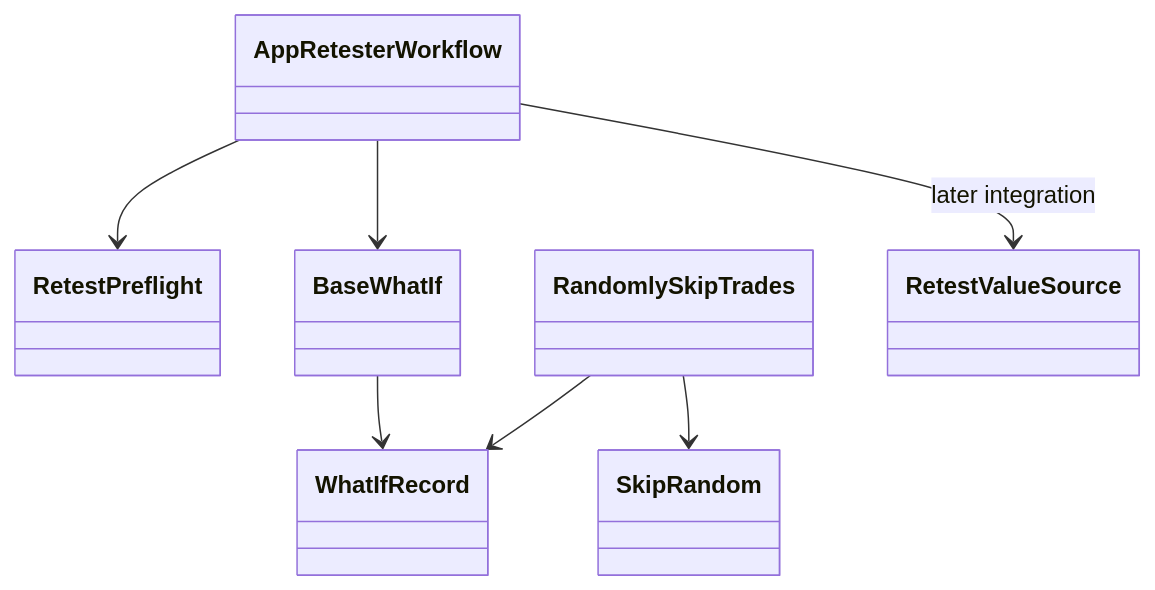
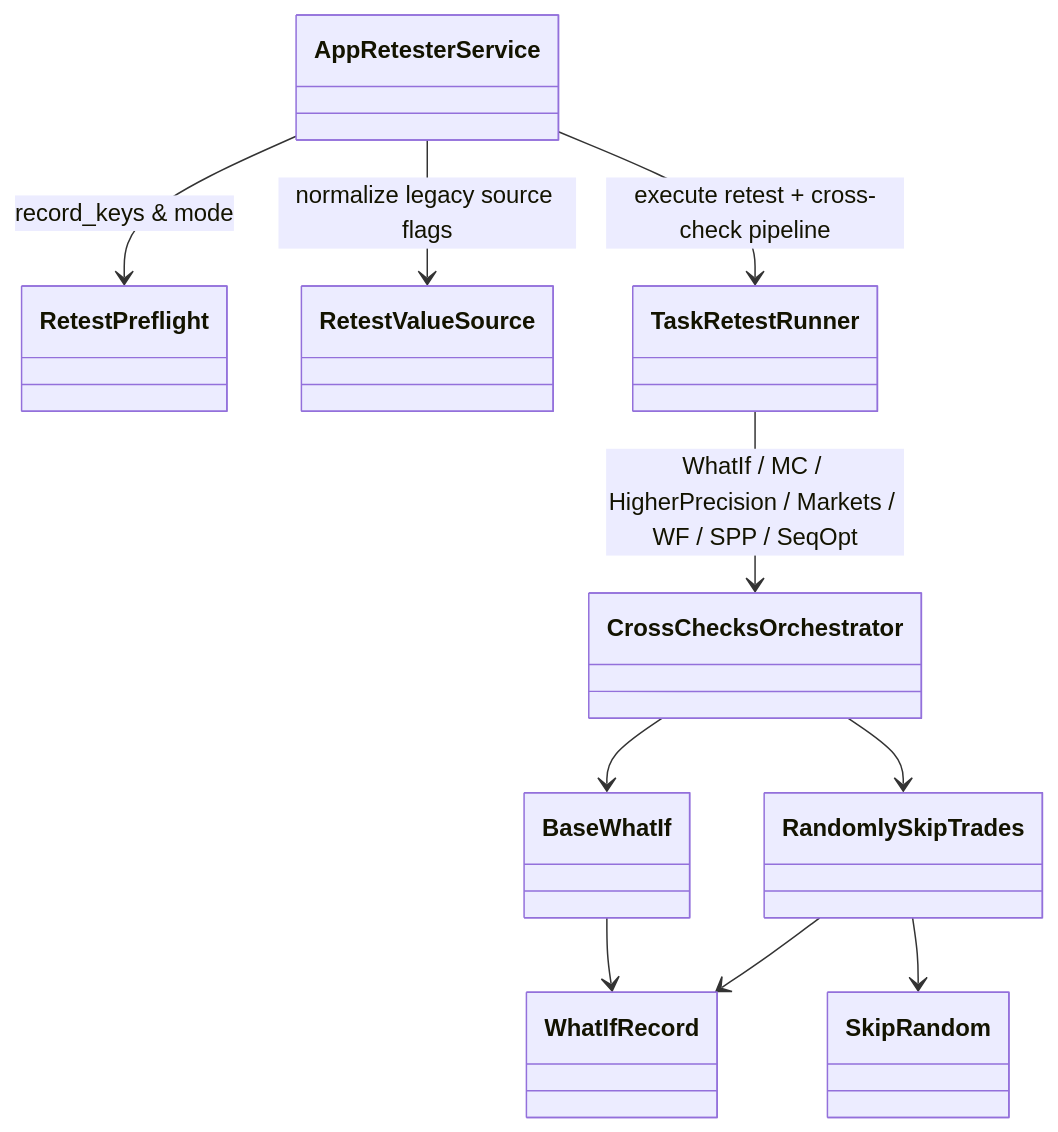
Before and after one commit to haruperi/HaruQuantAI: the diagram in docs/dev/full-reimplementation/07-AppRetester.md, drawn with Mermaid. The commit also changed other lines of this file and 5 other files, not shown here.

````diff
--- a/docs/dev/full-reimplementation/07-AppRetester.md
+++ b/docs/dev/full-reimplementation/07-AppRetester.md
@@ -7,16 +7,21 @@
 ```mermaid
 classDiagram
   class RetestPreflight
   class BaseWhatIf
   class WhatIfRecord
   class RandomlySkipTrades
   class SkipRandom
+  class RetestValueSource
+  class AppRetesterService
+  class TaskRetestRunner
+  class CrossChecksOrchestrator
   BaseWhatIf --> WhatIfRecord
   RandomlySkipTrades --> WhatIfRecord
   RandomlySkipTrades --> SkipRandom
-  AppRetesterWorkflow --> RetestPreflight
-  AppRetesterWorkflow --> BaseWhatIf
-  class RetestValueSource
-  class AppRetesterWorkflow
-  AppRetesterWorkflow --> RetestValueSource : later integration
+  AppRetesterService --> RetestPreflight : record_keys & mode
+  AppRetesterService --> RetestValueSource : normalize legacy source flags
+  AppRetesterService --> TaskRetestRunner : execute retest + cross-check pipeline
+  TaskRetestRunner --> CrossChecksOrchestrator : WhatIf / MC / HigherPrecision / Markets / WF / SPP / SeqOpt
+  CrossChecksOrchestrator --> BaseWhatIf
+  CrossChecksOrchestrator --> RandomlySkipTrades
 ```
````
